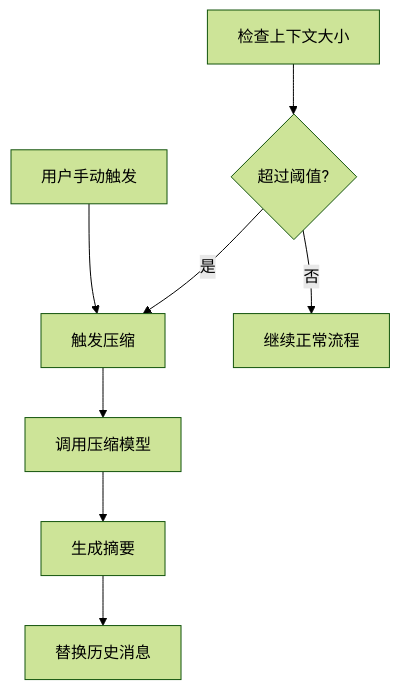
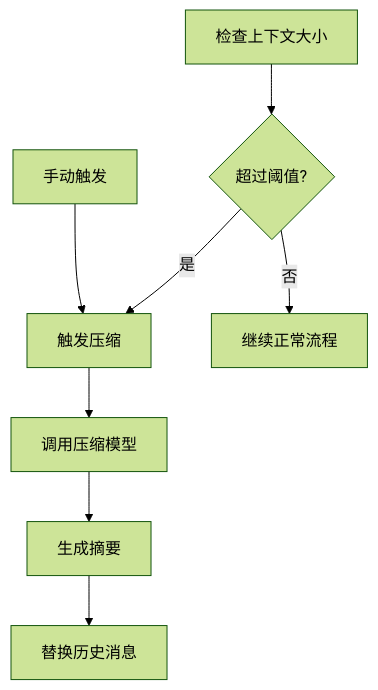
One commit to MiyakoMeow/neoco changed the diagram in progress/TECH-CONTEXT.md. Above: the diagram before and after it, drawn with Mermaid (forest theme). The commit also changed other lines of this file and 11 other files, not shown here.

````diff
--- a/progress/TECH-CONTEXT.md
+++ b/progress/TECH-CONTEXT.md
@@ -15,11 +15,11 @@
 ```mermaid
 graph TD
     A[检查上下文大小] --> B{超过阈值?}
     B -->|是| C[触发压缩]
     B -->|否| D[继续正常流程]
     C --> E[调用压缩模型]
     E --> F[生成摘要]
     F --> G[替换历史消息]
     
-    H[用户手动触发] --> C
+    H[手动触发] --> C
 ```
````
